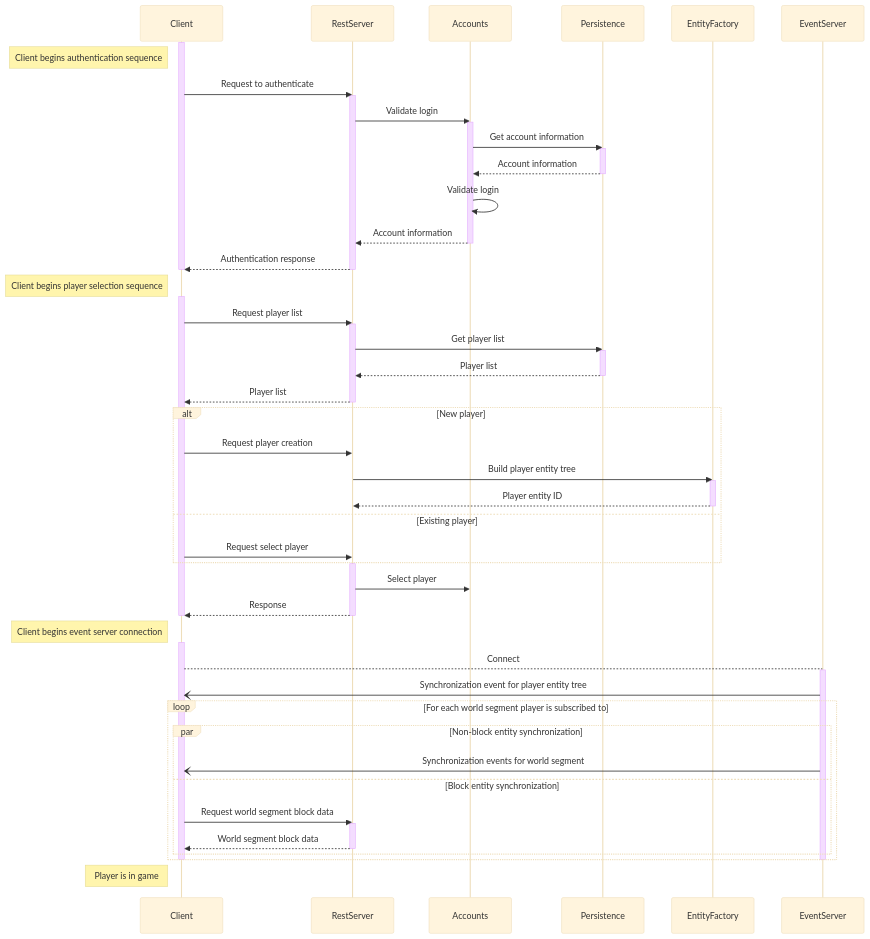
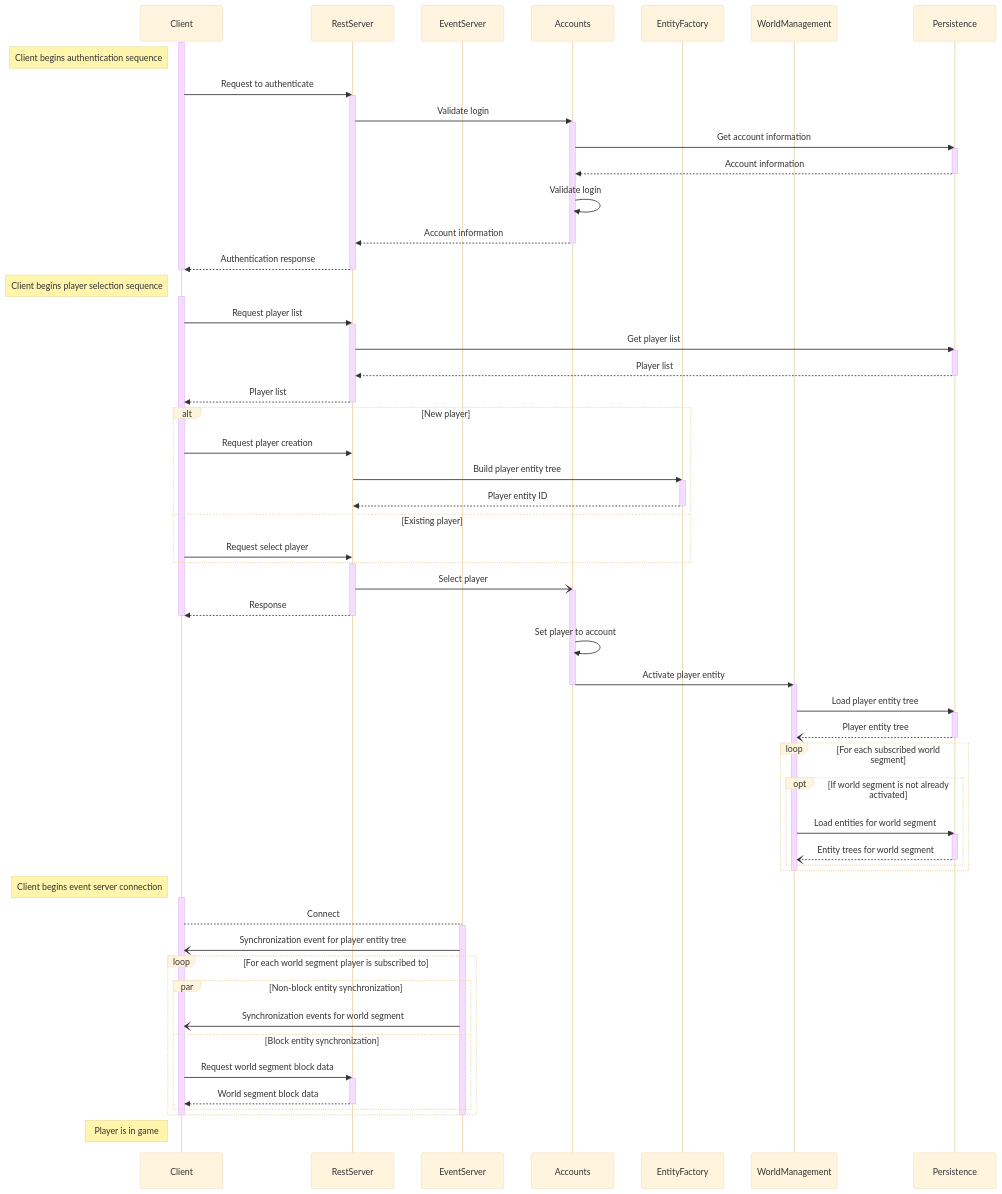
One commit to opticfluorine/sovereign changed the diagram in docs/networking.md. Above: the diagram before and after it, drawn with Mermaid (base theme). The commit also changed other lines of this file and 1 other file, not shown here.

Commit message:
Define how entities are loaded during login

````diff
--- a/docs/networking.md
+++ b/docs/networking.md
@@ -130,5 +130,12 @@
 ```mermaid
 sequenceDiagram
+    participant Client
+    participant RestServer
+    participant EventServer
+    participant Accounts
+    participant EntityFactory
+    participant WorldManagement
+    participant Persistence
     activate Client
     Note left of Client: Client begins authentication sequence
     Client ->> RestServer: Request to authenticate
@@ -165,10 +172,28 @@
         Client ->> RestServer: Request select player
     end
     activate RestServer
-    RestServer ->> Accounts: Select player
+    RestServer -) Accounts: Select player
+    activate Accounts
     RestServer -->> Client: Response
     deactivate RestServer
     deactivate Client
+    Accounts ->> Accounts: Set player to account
+    Accounts ->> WorldManagement: Activate player entity
+    deactivate Accounts
+    activate WorldManagement
+    WorldManagement ->> Persistence: Load player entity tree
+    activate Persistence
+    Persistence --) WorldManagement: Player entity tree
+    deactivate Persistence
+    loop For each subscribed world segment
+         opt If world segment is not already activated
+            WorldManagement ->> Persistence: Load entities for world segment
+            activate Persistence
+            Persistence --) WorldManagement: Entity trees for world segment
+            deactivate Persistence
+         end
+    end
+    deactivate WorldManagement
     Note left of Client: Client begins event server connection
     activate Client
     Client --> EventServer: Connect
````
